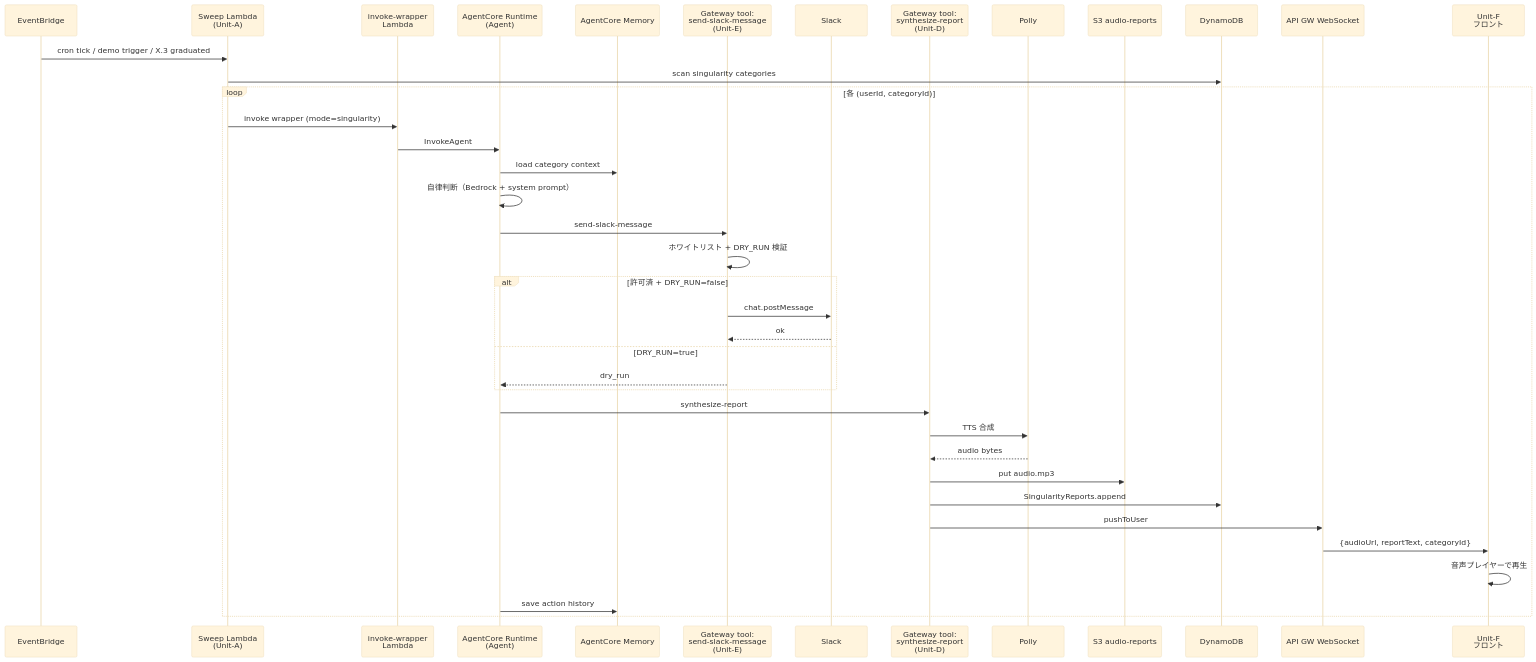
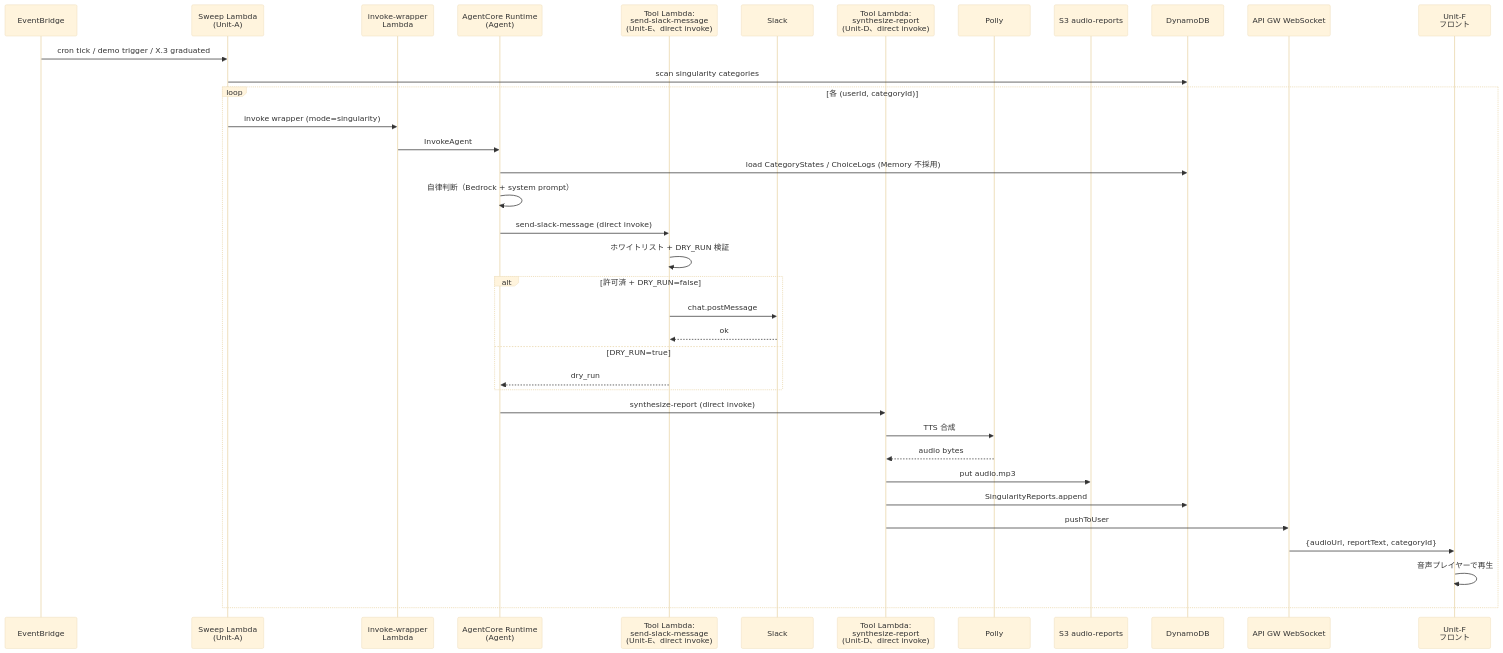
Before and after one commit to is-tech-lab/team-dlc-dame-labo-corporation: the second of 4 diagrams in aidlc-docs/inception/application-design/unit-of-work-dependency.md, drawn with Mermaid (base theme). The commit also changed other lines of this file and 7 other files, not shown here.

````diff
--- a/aidlc-docs/inception/application-design/unit-of-work-dependency.md
+++ b/aidlc-docs/inception/application-design/unit-of-work-dependency.md
@@ -116,42 +113,40 @@
 ```mermaid
 sequenceDiagram
     participant EB as EventBridge
     participant Sweep as Sweep Lambda<br/>(Unit-A)
     participant W as invoke-wrapper<br/>Lambda
     participant AC as AgentCore Runtime<br/>(Agent)
-    participant Mem as AgentCore Memory
-    participant SlackTool as Gateway tool:<br/>send-slack-message<br/>(Unit-E)
+    participant SlackTool as Tool Lambda:<br/>send-slack-message<br/>(Unit-E、direct invoke)
     participant Slack
-    participant VoiceTool as Gateway tool:<br/>synthesize-report<br/>(Unit-D)
+    participant VoiceTool as Tool Lambda:<br/>synthesize-report<br/>(Unit-D、direct invoke)
     participant Polly
     participant S3 as S3 audio-reports
     participant DDB as DynamoDB
     participant WS as API GW WebSocket
     participant F as Unit-F<br/>フロント
 
     EB->>Sweep: cron tick / demo trigger / X.3 graduated
     Sweep->>DDB: scan singularity categories
     loop 各 (userId, categoryId)
         Sweep->>W: invoke wrapper (mode=singularity)
         W->>AC: InvokeAgent
-        AC->>Mem: load category context
+        AC->>DDB: load CategoryStates / ChoiceLogs (Memory 不採用)
         AC->>AC: 自律判断（Bedrock + system prompt）
-        AC->>SlackTool: send-slack-message
+        AC->>SlackTool: send-slack-message (direct invoke)
         SlackTool->>SlackTool: ホワイトリスト + DRY_RUN 検証
         alt 許可済 + DRY_RUN=false
             SlackTool->>Slack: chat.postMessage
             Slack-->>SlackTool: ok
         else DRY_RUN=true
             SlackTool-->>AC: dry_run
         end
-        AC->>VoiceTool: synthesize-report
+        AC->>VoiceTool: synthesize-report (direct invoke)
         VoiceTool->>Polly: TTS 合成
         Polly-->>VoiceTool: audio bytes
         VoiceTool->>S3: put audio.mp3
         VoiceTool->>DDB: SingularityReports.append
         VoiceTool->>WS: pushToUser
         WS->>F: {audioUrl, reportText, categoryId}
         F->>F: 音声プレイヤーで再生
-        AC->>Mem: save action history
     end
 ```
````
